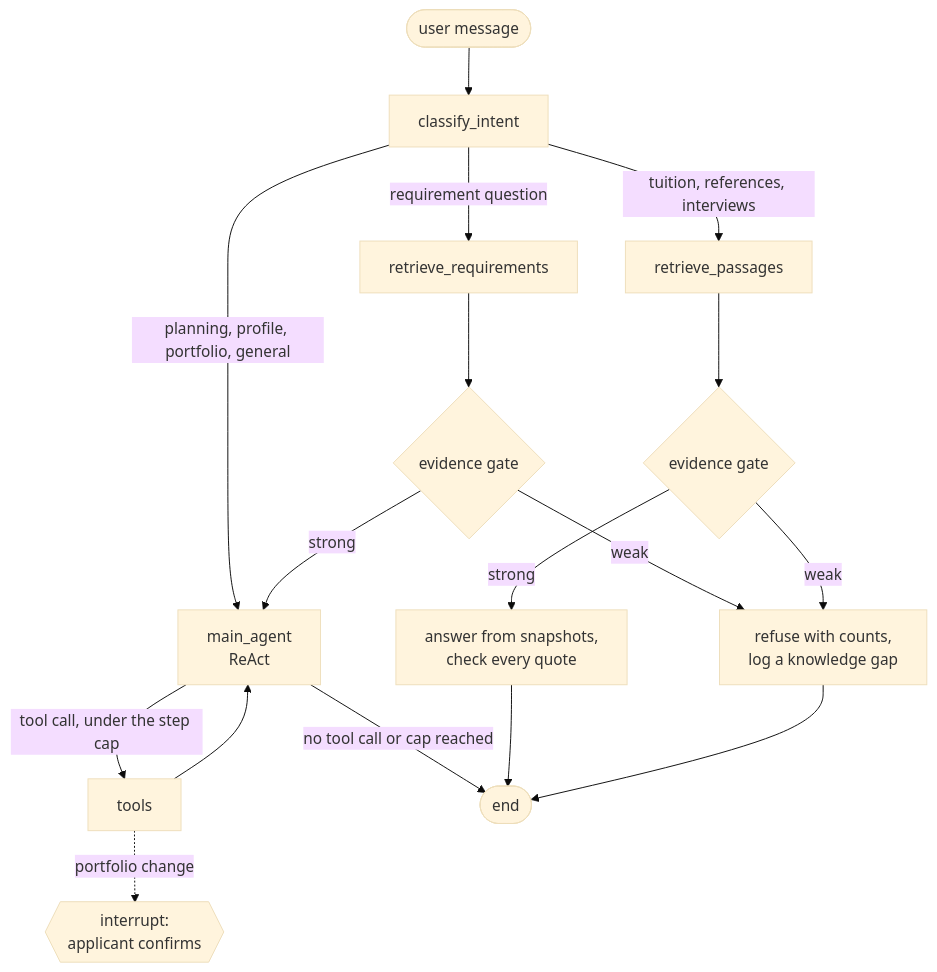
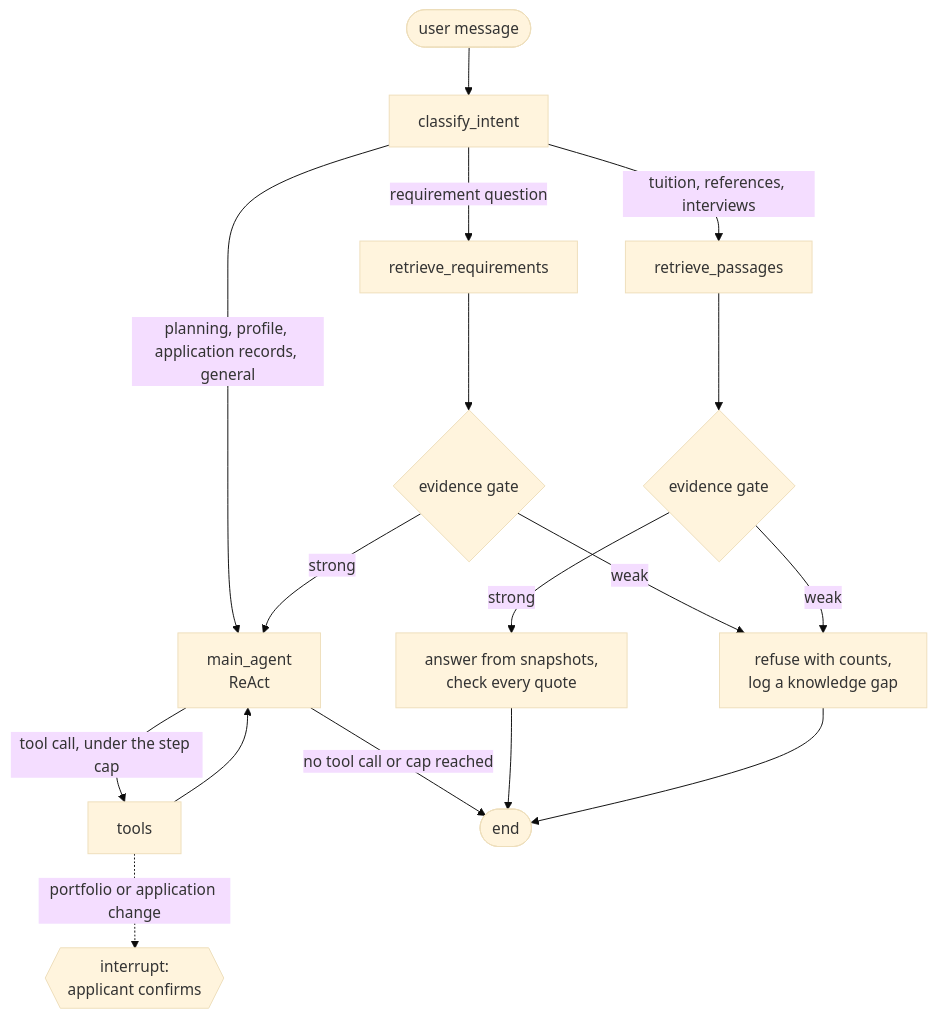
One commit to MortyYJT/LeapAshore changed the second of 2 diagrams in README.md. Above: the diagram before and after it, drawn with Mermaid (base theme). The commit also changed other lines of this file and 2 other files, not shown here.

````diff
--- a/README.md
+++ b/README.md
@@ -92,19 +96,19 @@
 ```mermaid
 flowchart TD
     S([user message]) --> I[classify_intent]
     I -->|requirement question| R[retrieve_requirements]
     I -->|tuition, references, interviews| RP[retrieve_passages]
-    I -->|planning, profile, portfolio, general| M
+    I -->|planning, profile, application records, general| M
     R --> E{evidence gate}
     E -->|strong| M[main_agent<br/>ReAct]
     E -->|weak| X[refuse with counts,<br/>log a knowledge gap]
     RP --> E2{evidence gate}
     E2 -->|strong| AP[answer from snapshots,<br/>check every quote]
     E2 -->|weak| X
     M -->|tool call, under the step cap| T[tools]
     T --> M
-    T -.->|portfolio change| H{{interrupt:<br/>applicant confirms}}
+    T -.->|portfolio or application change| H{{interrupt:<br/>applicant confirms}}
     M -->|no tool call or cap reached| D([end])
     AP --> D
     X --> D
 ```
````
